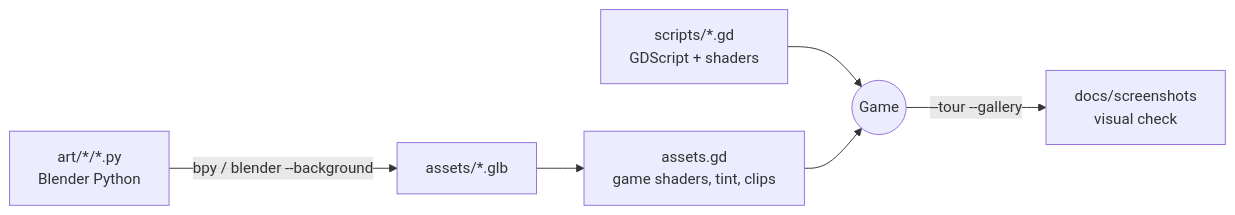
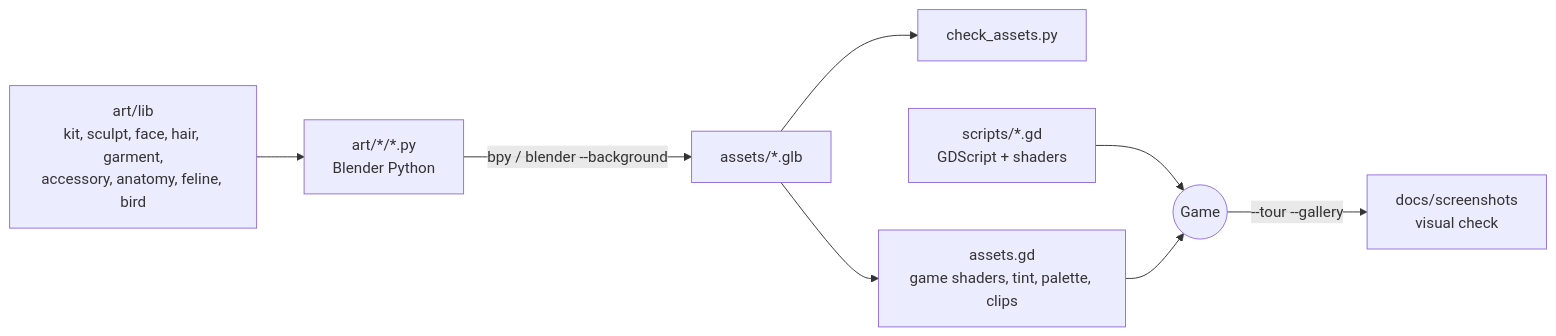
Before and after one commit to jgyy/timegox: the fifth of 13 diagrams in README.md, drawn with Mermaid. The commit also changed other lines of this file and 251 other files, not shown here.

````diff
--- a/README.md
+++ b/README.md
@@ -158,8 +213,10 @@
 ```mermaid
 flowchart LR
+    LIB[art/lib<br/>kit, sculpt, face, hair, garment,<br/>accessory, anatomy, feline, bird] --> BS
     BS[art/*/*.py<br/>Blender Python] -->|bpy / blender --background| GLB[assets/*.glb]
-    GLB --> AS[assets.gd<br/>game shaders, tint, clips]
+    GLB --> CK[check_assets.py]
+    GLB --> AS[assets.gd<br/>game shaders, tint, palette, clips]
     GD[scripts/*.gd<br/>GDScript + shaders] --> GAME((Game))
     AS --> GAME
     GAME -->|--tour --gallery| SHOT[docs/screenshots<br/>visual check]
 ```
````
